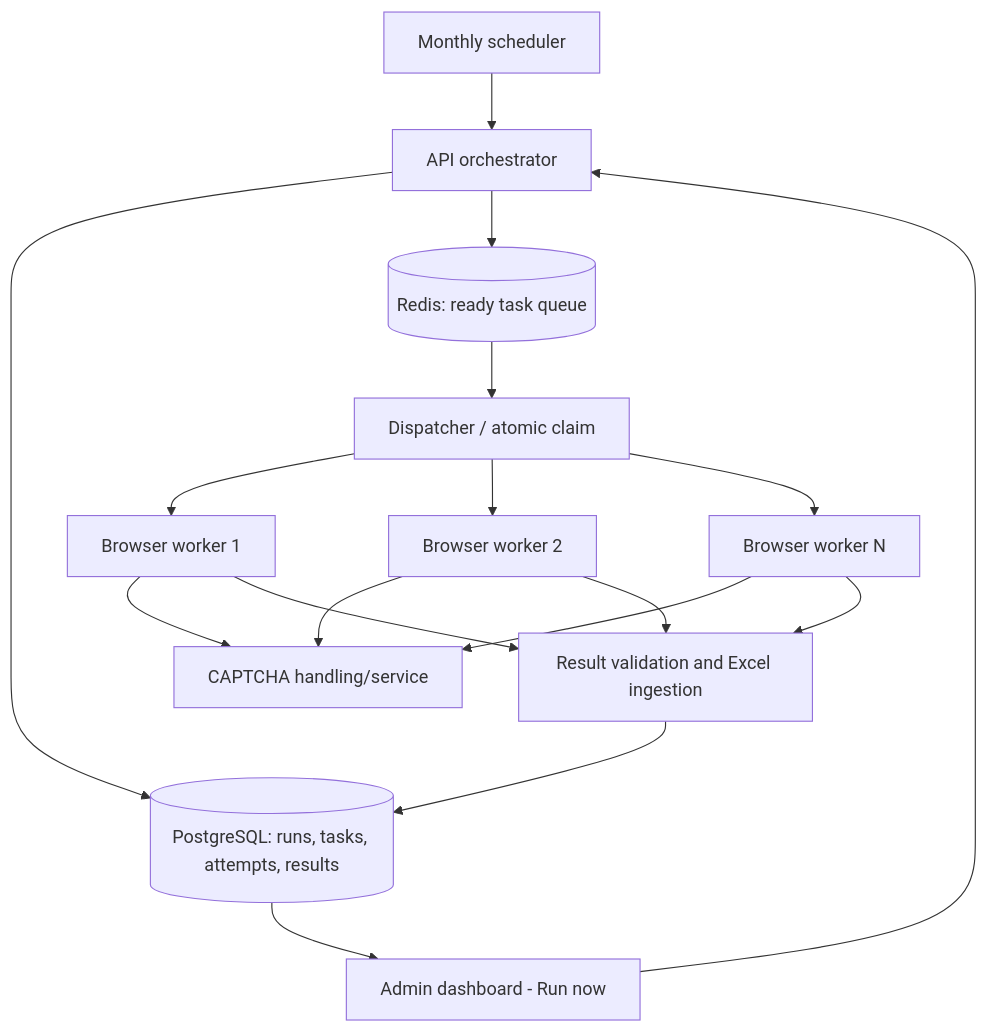
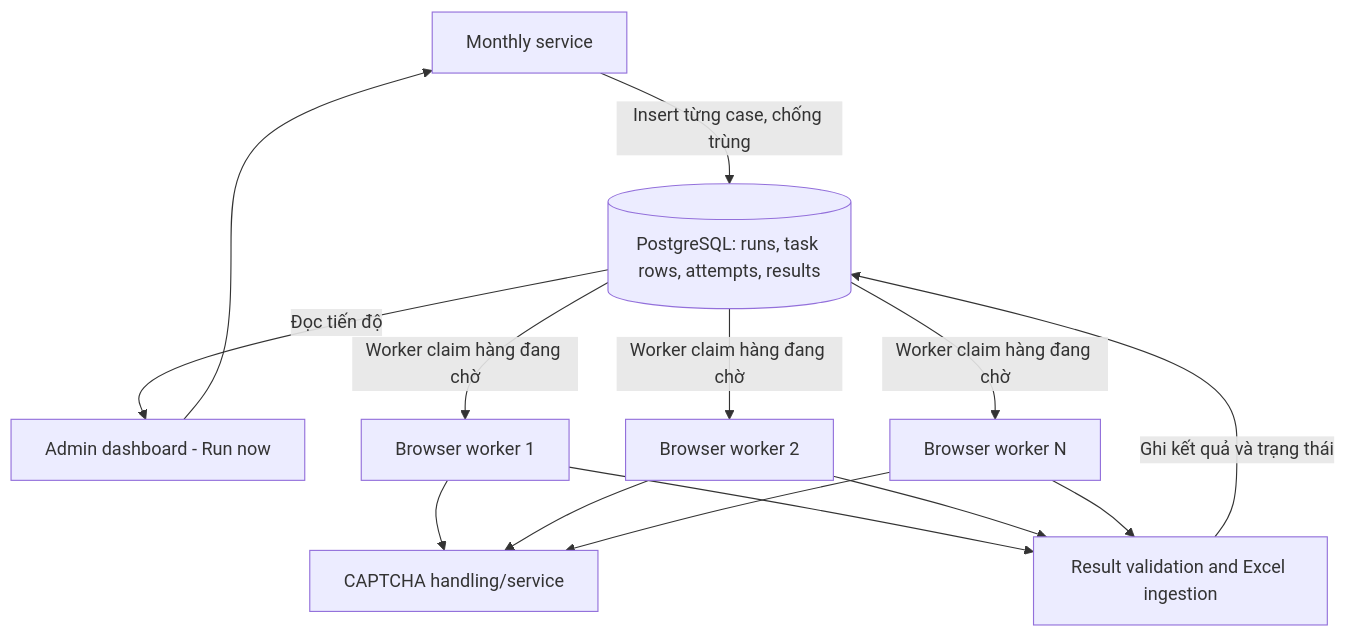
Before and after one commit to Muteen-Felix/vahan-automation: the diagram in docs/plans/multi-worker-analysis-plan.md, drawn with Mermaid. The commit also changed other lines of this file and 183 other files, not shown here.

````diff
--- a/docs/plans/multi-worker-analysis-plan.md
+++ b/docs/plans/multi-worker-analysis-plan.md
@@ -29,19 +29,16 @@
 ```mermaid
 flowchart TD
-    S[Monthly scheduler] --> O[API orchestrator]
-    U[Admin dashboard - Run now] --> O
-    O --> P[(PostgreSQL: runs, tasks, attempts, results)]
-    O --> Q[(Redis: ready task queue)]
-    Q --> D[Dispatcher / atomic claim]
-    D --> W1[Browser worker 1]
-    D --> W2[Browser worker 2]
-    D --> WN[Browser worker N]
+    S[Monthly service] -->|Insert từng case, chống trùng| P[(PostgreSQL: runs, task rows, attempts, results)]
+    U[Admin dashboard - Run now] --> S
+    P -->|Worker claim hàng đang chờ| W1[Browser worker 1]
+    P -->|Worker claim hàng đang chờ| W2[Browser worker 2]
+    P -->|Worker claim hàng đang chờ| WN[Browser worker N]
     W1 --> C[CAPTCHA handling/service]
     W2 --> C
     WN --> C
     W1 --> I[Result validation and Excel ingestion]
     W2 --> I
     WN --> I
-    I --> P
-    P --> U
+    I -->|Ghi kết quả và trạng thái| P
+    P -->|Đọc tiến độ| U
 ```
````
